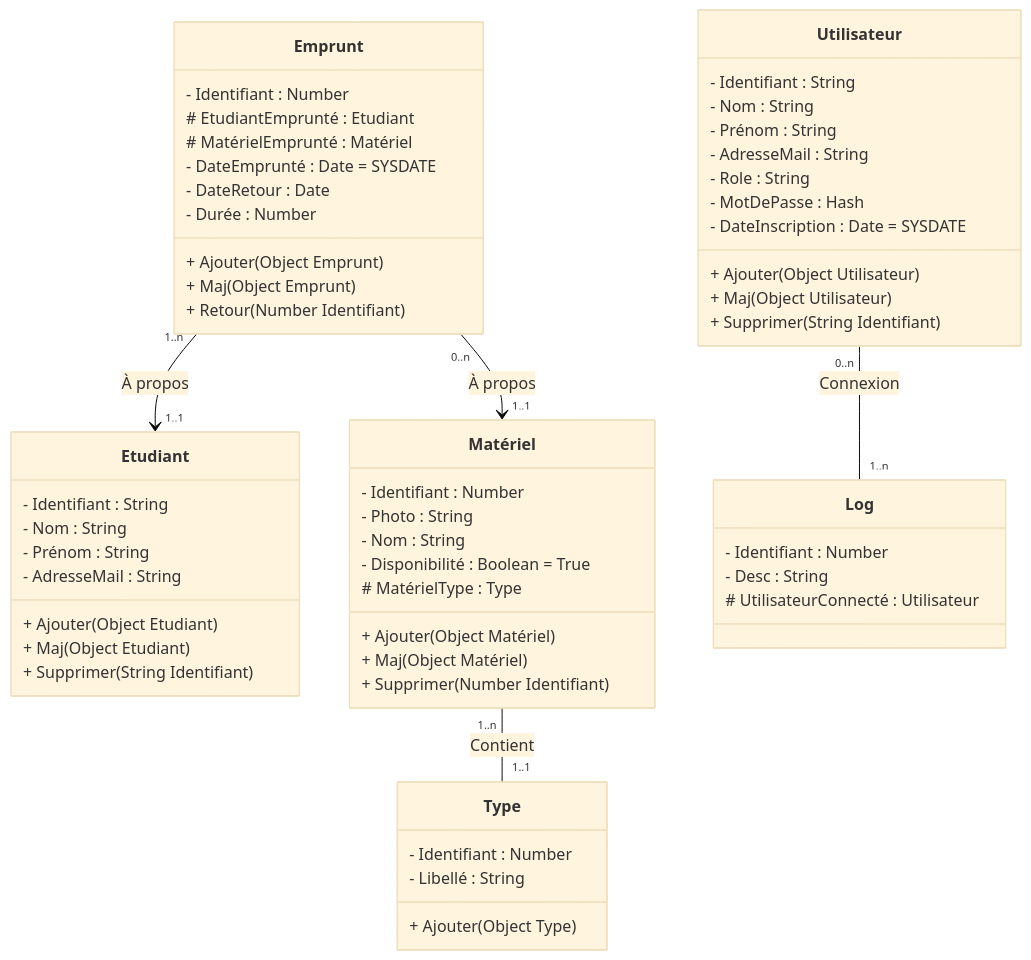
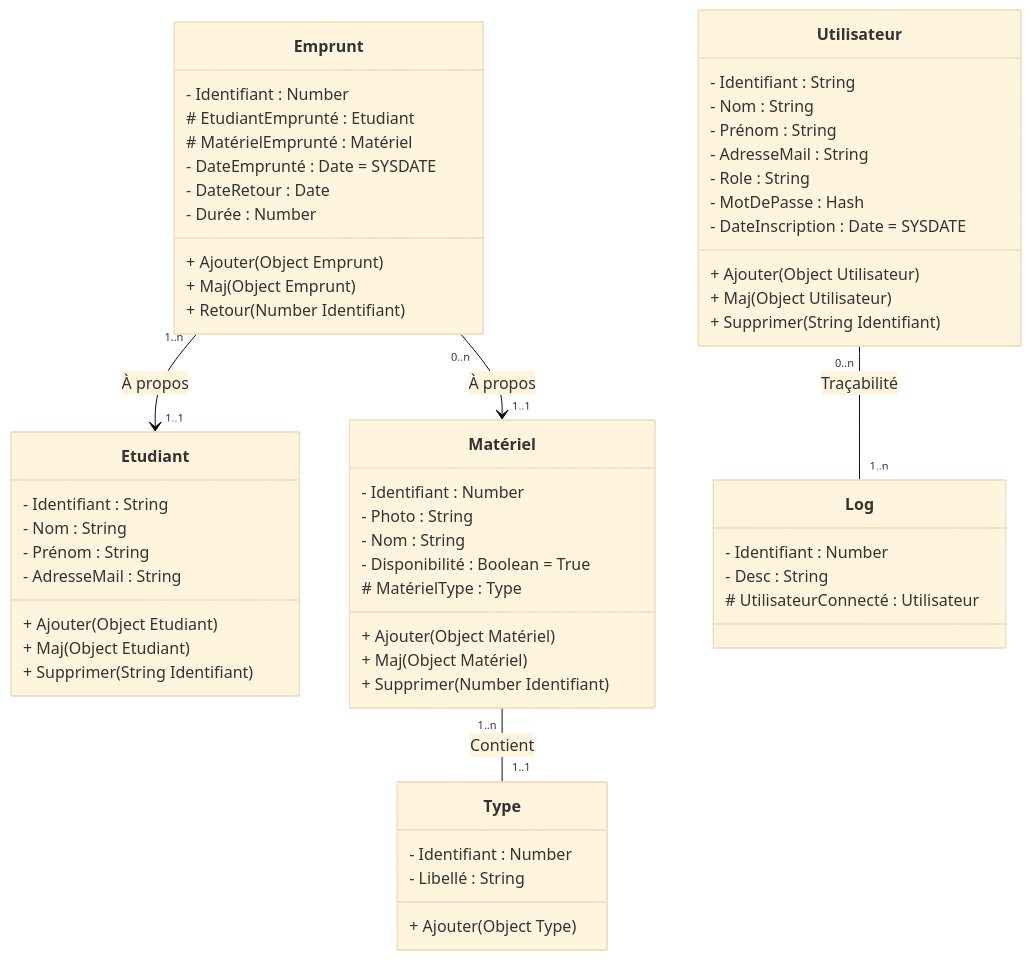
The second of 2 diagrams in uml/cu.md (ayoub-ghanaj/FSSM-Library), drawn with Mermaid (base theme) before and after one commit.

Commit message:
traçabilité

````diff
--- a/uml/cu.md
+++ b/uml/cu.md
@@ -45,60 +45,60 @@
 ```mermaid
 classDiagram
     class Etudiant {
         - Identifiant : String
         - Nom : String
         - Prénom : String
         - AdresseMail : String
         + Ajouter(Object Etudiant)
         + Maj(Object Etudiant)
         + Supprimer(String Identifiant)
     }
     class Type {
         - Identifiant : Number
         - Libellé : String
         + Ajouter(Object Type)
     }
     class Matériel {
         - Identifiant : Number
         - Photo : String
         - Nom : String
         - Disponibilité : Boolean = True
         # MatérielType : Type
         + Ajouter(Object Matériel)
         + Maj(Object Matériel)
         + Supprimer(Number Identifiant)
     }
     class Emprunt {
         - Identifiant : Number
         # EtudiantEmprunté : Etudiant
         # MatérielEmprunté : Matériel
         - DateEmprunté : Date = SYSDATE
         - DateRetour : Date
         - Durée : Number
         + Ajouter(Object Emprunt)
         + Maj(Object Emprunt)
         + Retour(Number Identifiant)
     }
     class Utilisateur {
         - Identifiant : String
         - Nom : String
         - Prénom : String
         - AdresseMail : String
         - Role : String
         - MotDePasse : Hash
         - DateInscription : Date = SYSDATE
         + Ajouter(Object Utilisateur)
         + Maj(Object Utilisateur)
         + Supprimer(String Identifiant)
     }
     class Log {
         - Identifiant : Number
         - Desc : String
         # UtilisateurConnecté : Utilisateur
     }
     
     Matériel "1..n" -- "1..1" Type : Contient
     Emprunt "0..n" --> "1..1" Matériel : À propos
     Emprunt "1..n" --> "1..1" Etudiant : À propos
-    Utilisateur "0..n" -- "1..n" Log : Connexion
+    Utilisateur "0..n" -- "1..n" Log : Traçabilité
 ```
````
